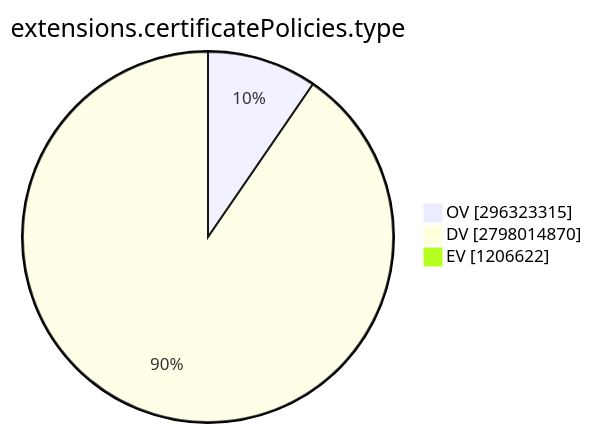
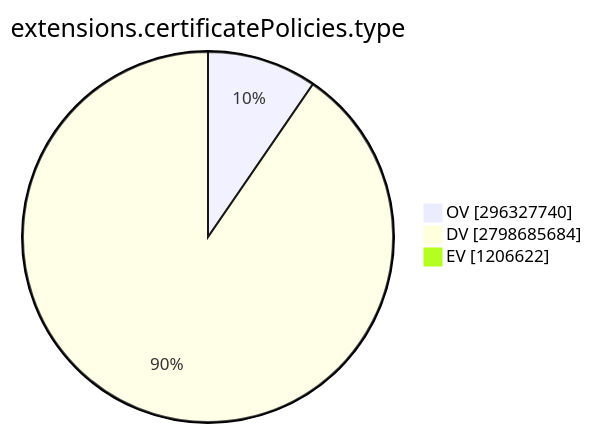
One commit to christiankrug/ctmonitor_visualization changed the ninth of 15 diagrams in TOTAL/README.md. Above: the diagram before and after it, drawn with Mermaid. The commit also changed other lines of this file, not shown here.

````diff
--- a/TOTAL/README.md
+++ b/TOTAL/README.md
@@ -3099,7 +3099,7 @@
 ```mermaid
 pie showData
 title extensions.certificatePolicies.type
-"OV" :296323315
-"DV" :2798014870
+"OV" :296327740
+"DV" :2798685684
 "EV" :1206622
 ```
````
